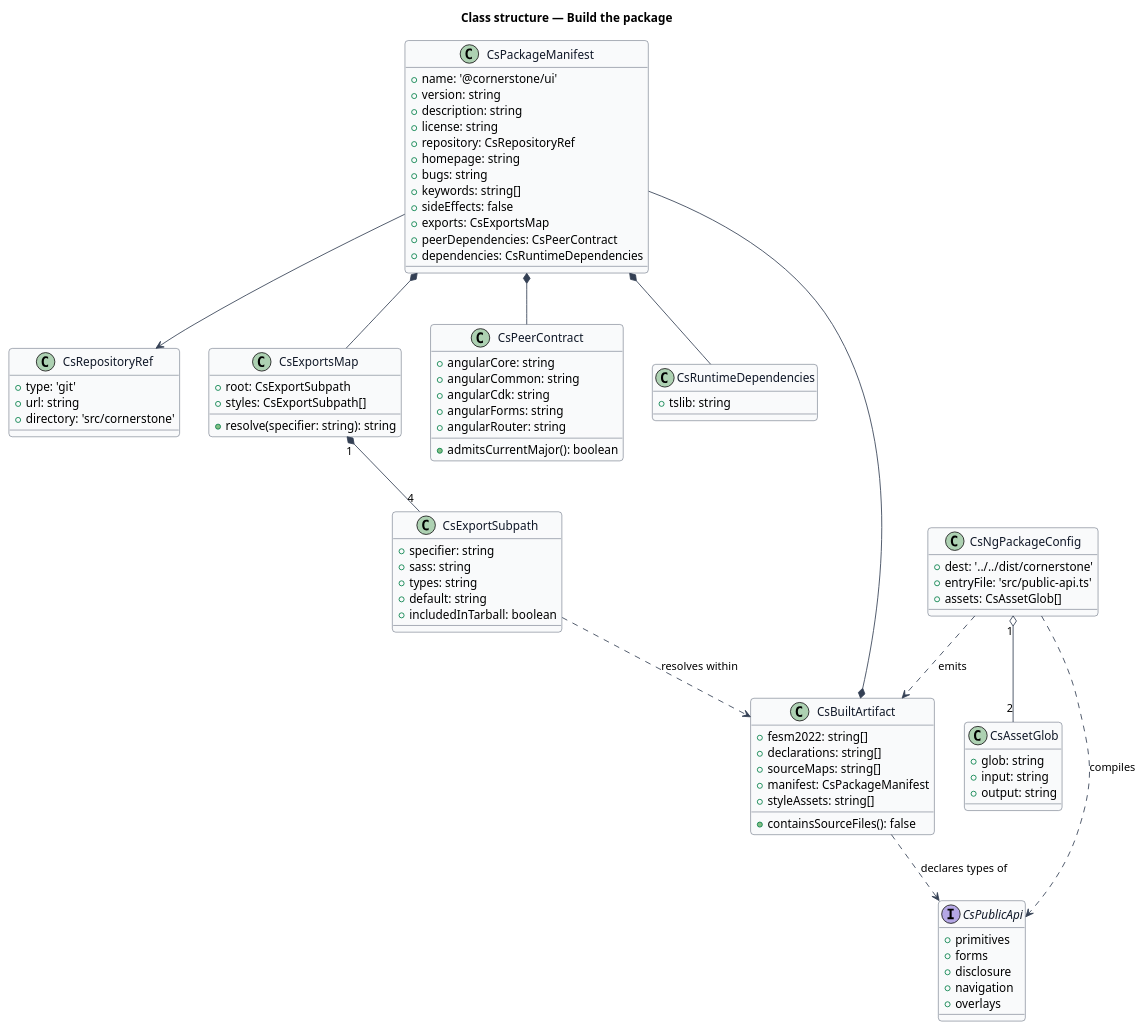
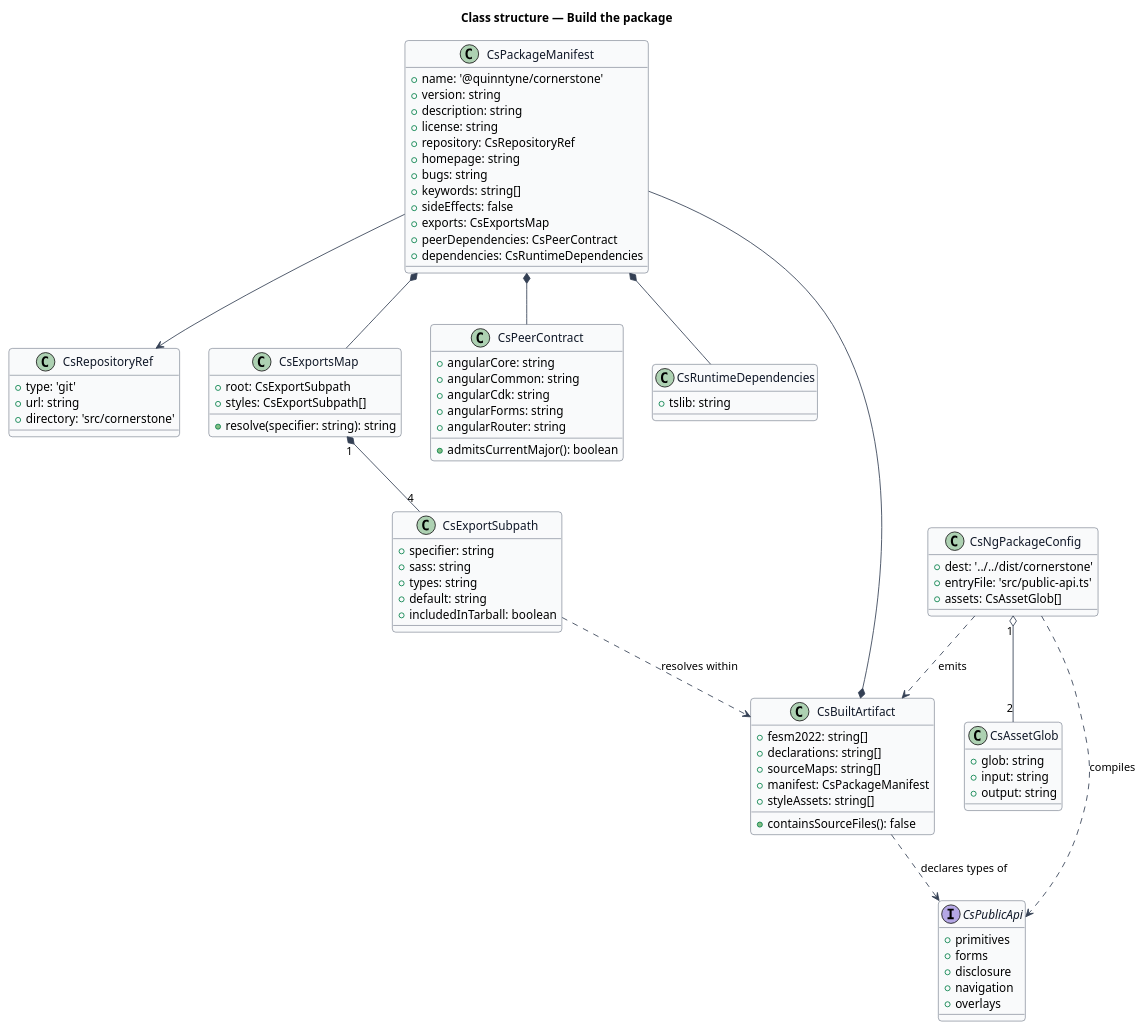
Before and after one commit to QuinntyneBrown/Cornerstone: the diagram in docs/detailed-designs/delivery/build-the-package/diagrams/class-structure.puml, drawn with PlantUML. The commit also changed 125 other files, not shown here.

```diff
--- a/docs/detailed-designs/delivery/build-the-package/diagrams/class-structure.puml
+++ b/docs/detailed-designs/delivery/build-the-package/diagrams/class-structure.puml
@@ -1,104 +1,104 @@
 @startuml
 ' --- shared skin header ---
 skinparam backgroundColor #FFFFFF
 skinparam shadowing false
 skinparam roundcorner 8
 skinparam defaultFontName Arial
 skinparam ArrowColor #344054
 skinparam class {
   BorderColor #344054
   FontColor #101828
   BackgroundColor #F9FAFB
 }
 ' --------------------------
 title Class structure — Build the package
 
 class CsPackageManifest {
-  +name: '@cornerstone/ui'
+  +name: '@quinntyne/cornerstone'
   +version: string
   +description: string
   +license: string
   +repository: CsRepositoryRef
   +homepage: string
   +bugs: string
   +keywords: string[]
   +sideEffects: false
   +exports: CsExportsMap
   +peerDependencies: CsPeerContract
   +dependencies: CsRuntimeDependencies
 }
 
 class CsRepositoryRef {
   +type: 'git'
   +url: string
   +directory: 'src/cornerstone'
 }
 
 class CsExportsMap {
   +root: CsExportSubpath
   +styles: CsExportSubpath[]
   +resolve(specifier: string): string
 }
 
 class CsExportSubpath {
   +specifier: string
   +sass: string
   +types: string
   +default: string
   +includedInTarball: boolean
 }
 
 class CsPeerContract {
   +angularCore: string
   +angularCommon: string
   +angularCdk: string
   +angularForms: string
   +angularRouter: string
   +admitsCurrentMajor(): boolean
 }
 
 class CsRuntimeDependencies {
   +tslib: string
 }
 
 class CsNgPackageConfig {
   +dest: '../../dist/cornerstone'
   +entryFile: 'src/public-api.ts'
   +assets: CsAssetGlob[]
 }
 
 class CsAssetGlob {
   +glob: string
   +input: string
   +output: string
 }
 
 class CsBuiltArtifact {
   +fesm2022: string[]
   +declarations: string[]
   +sourceMaps: string[]
   +manifest: CsPackageManifest
   +styleAssets: string[]
   +containsSourceFiles(): false
 }
 
 interface CsPublicApi {
   +primitives
   +forms
   +disclosure
   +navigation
   +overlays
 }
 
 CsPackageManifest *-- CsExportsMap
 CsPackageManifest *-- CsPeerContract
 CsPackageManifest *-- CsRuntimeDependencies
 CsPackageManifest --> CsRepositoryRef
 CsExportsMap "1" *-- "4" CsExportSubpath
 CsNgPackageConfig "1" o-- "2" CsAssetGlob
 CsNgPackageConfig ..> CsPublicApi : compiles
 CsNgPackageConfig ..> CsBuiltArtifact : emits
 CsBuiltArtifact *-- CsPackageManifest
 CsBuiltArtifact ..> CsPublicApi : declares types of
 CsExportSubpath ..> CsBuiltArtifact : resolves within
 @enduml
```
